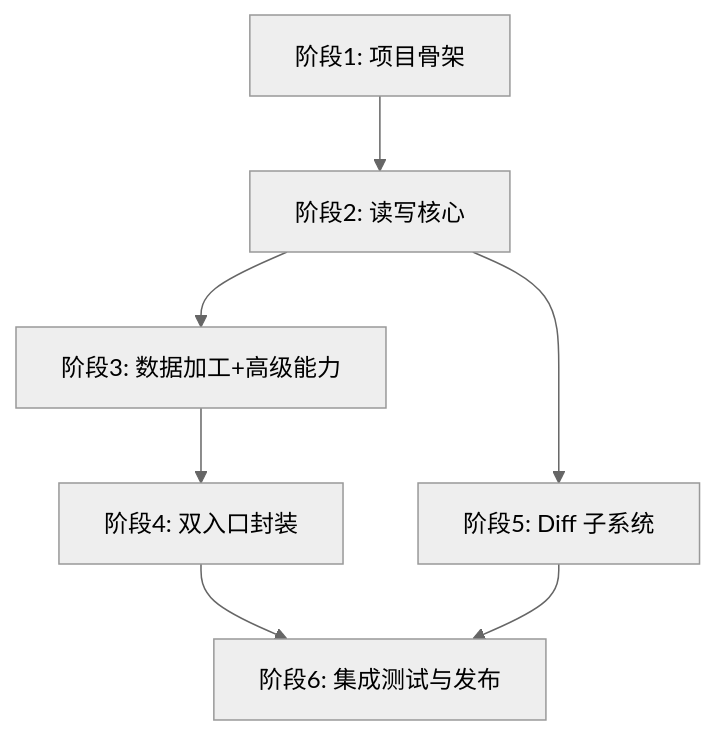
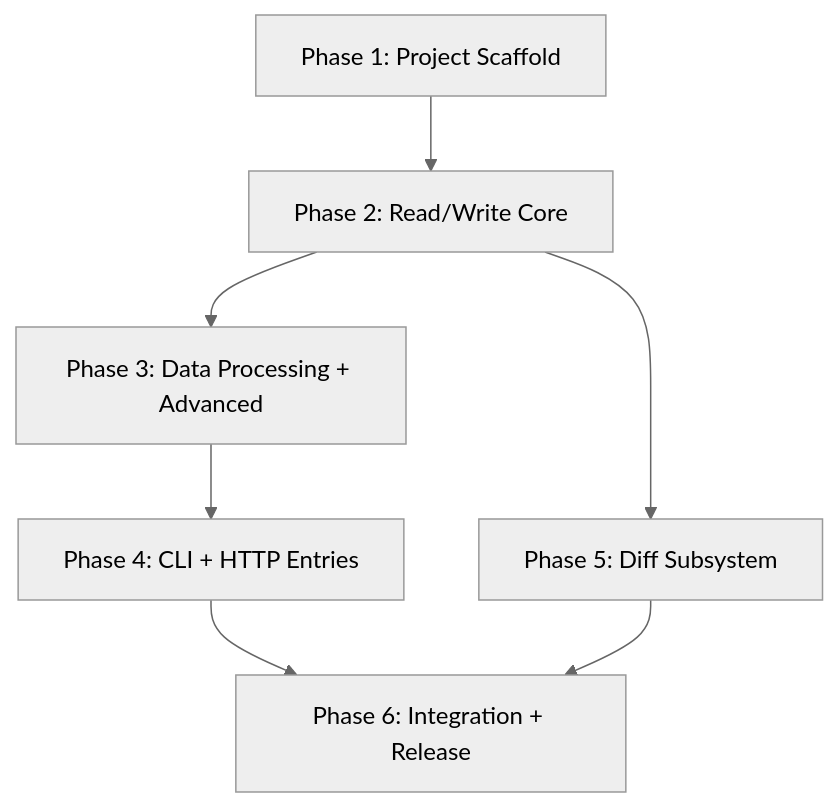
The diagram in docs/plan/README.md (kkkqkx123/excel-toolset), drawn with Mermaid (neutral theme) before and after one commit. The commit also changed other lines of this file and 42 other files, not shown here.

````diff
--- a/docs/plan/README.md
+++ b/docs/plan/README.md
@@ -17,9 +37,9 @@
 ```mermaid
 graph TD
-    P1[阶段1: 项目骨架] --> P2[阶段2: 读写核心]
-    P2 --> P3[阶段3: 数据加工+高级能力]
-    P3 --> P4[阶段4: 双入口封装]
-    P2 --> P5[阶段5: Diff 子系统]
-    P4 --> P6[阶段6: 集成测试与发布]
+    P1[Phase 1: Project Scaffold] --> P2[Phase 2: Read/Write Core]
+    P2 --> P3[Phase 3: Data Processing + Advanced]
+    P3 --> P4[Phase 4: CLI + HTTP Entries]
+    P2 --> P5[Phase 5: Diff Subsystem]
+    P4 --> P6[Phase 6: Integration + Release]
     P5 --> P6
 ```
````
